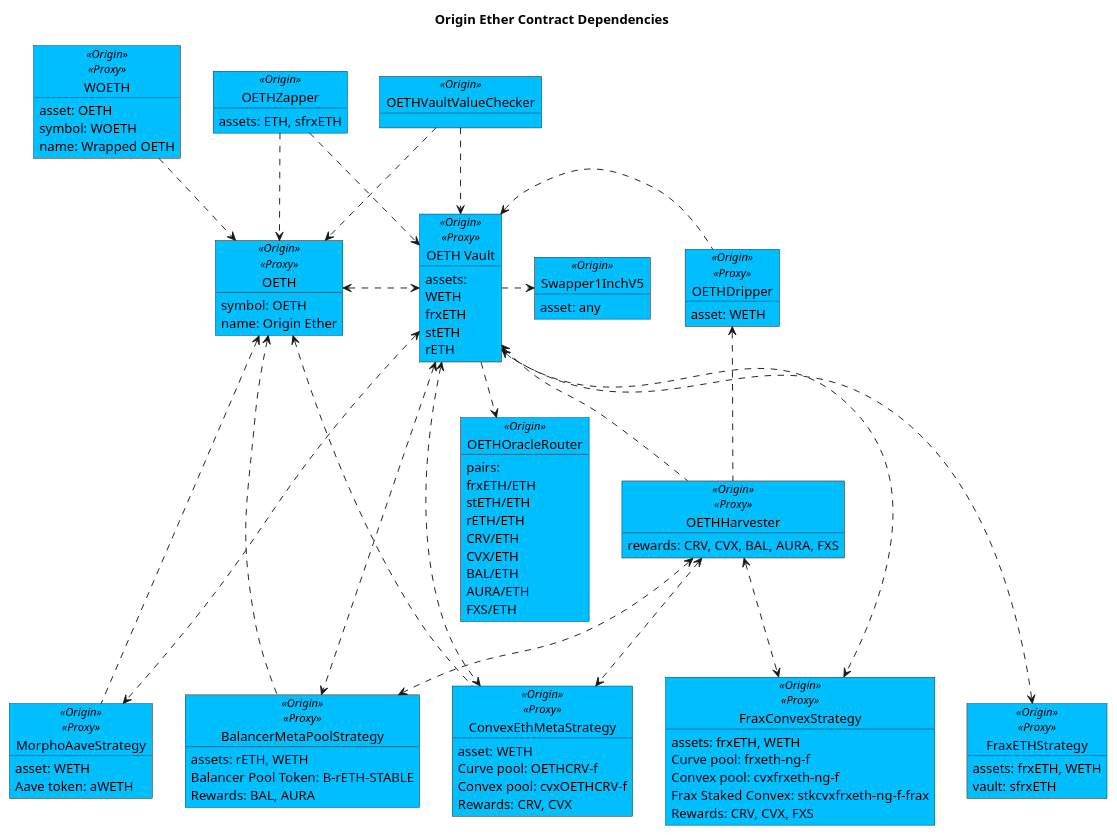
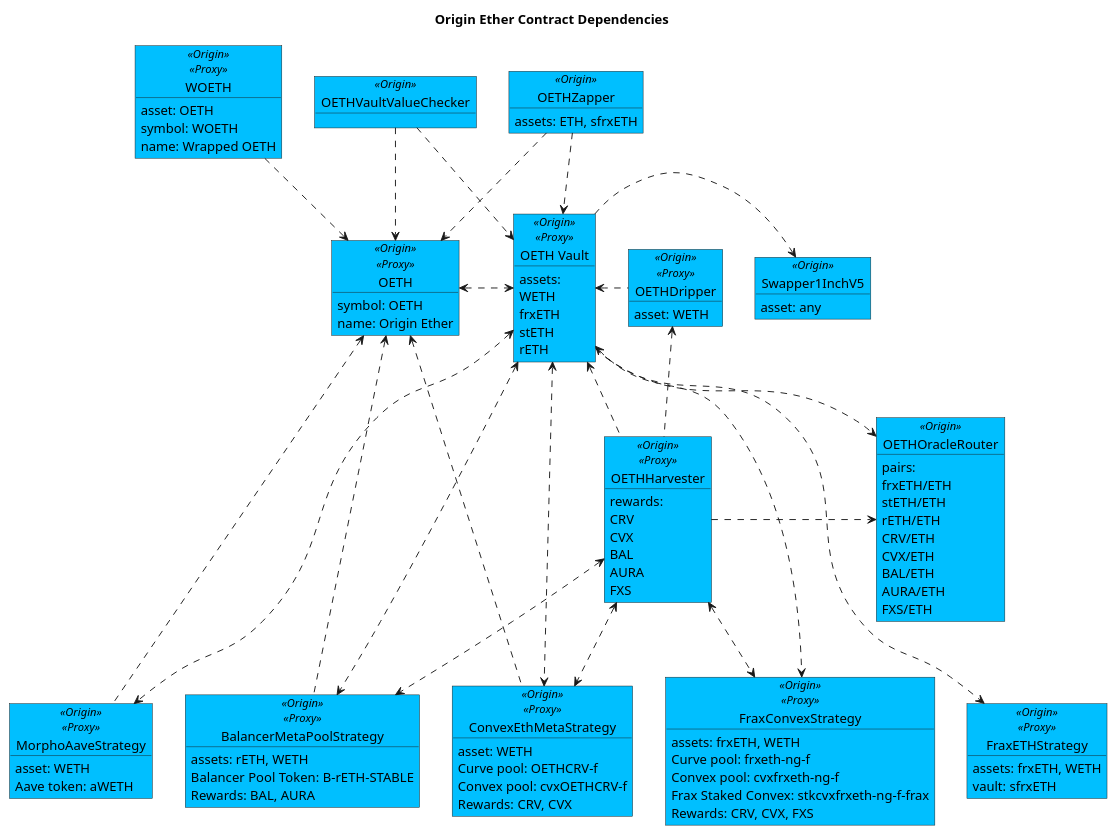
Before and after one commit to OriginProtocol/origin-dollar: the diagram in contracts/docs/plantuml/oethContracts.puml, drawn with PlantUML. The commit also changed 1 other file, not shown here.

Commit message:
Added link from Harvester to Oracle Router

```diff
--- a/contracts/docs/plantuml/oethContracts.puml
+++ b/contracts/docs/plantuml/oethContracts.puml
@@ -37,7 +37,12 @@
 }
 
 object "OETHHarvester" as harv <<Origin>><<Proxy>> #DeepSkyBlue {
-    rewards: CRV, CVX, BAL, AURA, FXS
+rewards:
+CRV
+CVX
+BAL
+AURA
+FXS
 }
 
 ' Strategies
@@ -193,6 +198,8 @@
 oeth <.> oethv
 oethv ..> oracle
 oethv .> swap
+' oracle <. harv
+harv .> oracle 
 ' oracle ...> chain
 
 
```
